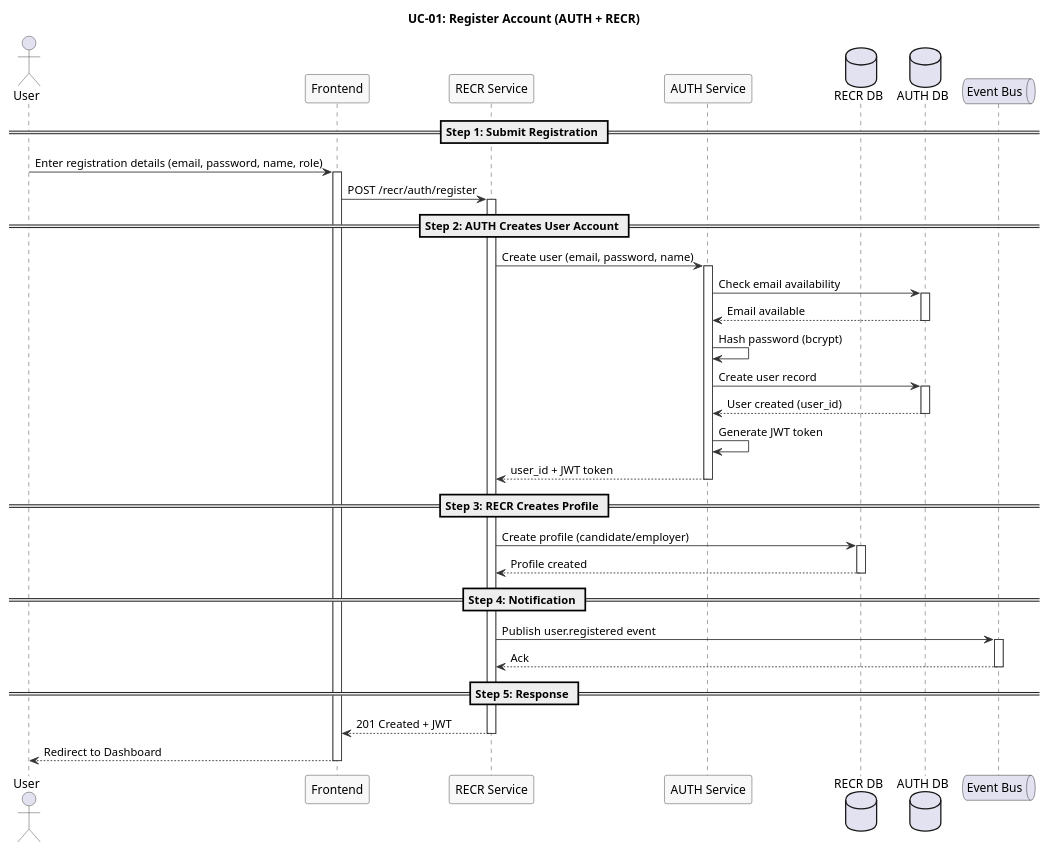
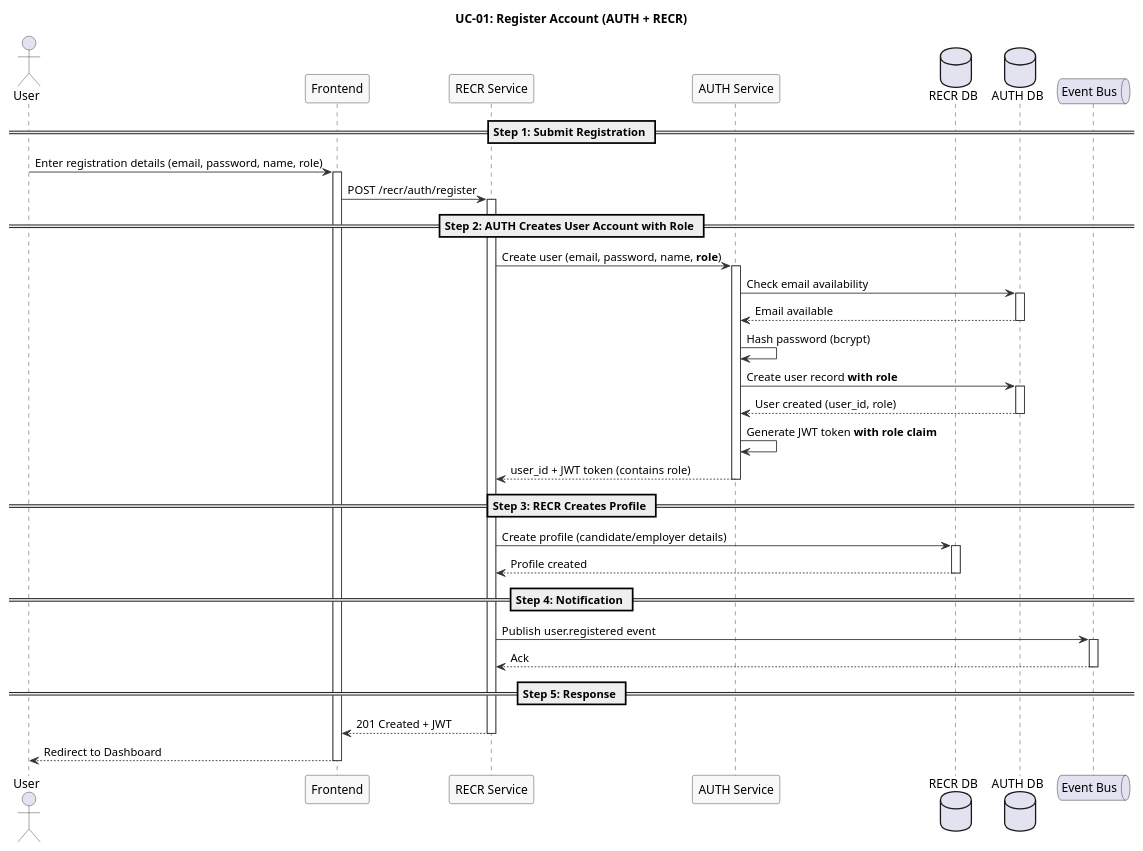
Before and after one commit to namnh240795/document: the diagram in modules/recr/diagrams/sequence/uc01-register-sequence.puml, drawn with PlantUML. The commit also changed 6 other files, not shown here.

First line of the commit message:
Move role to AUTH module, update UC-01 and UC-02

```diff
--- a/modules/recr/diagrams/sequence/uc01-register-sequence.puml
+++ b/modules/recr/diagrams/sequence/uc01-register-sequence.puml
@@ -1,75 +1,75 @@
 @startuml
 ' UC-01: Register Account - Sequence Diagram
-' AUTH handles: user creation, password hashing, JWT
-' RECR handles: role selection, profile creation
+' AUTH handles: user creation, password hashing, role storage, JWT
+' RECR handles: profile creation (candidate/employer details)
 skinparam sequence {
   ArrowColor #333333
   ActorBorderColor #333333
   LifeLineBorderColor #333333
   ParticipantBackgroundColor #F8F8F8
   ParticipantBorderColor #333333
 }
 
 title UC-01: Register Account (AUTH + RECR)
 
 actor "User" as User
 participant "Frontend" as FE
 participant "RECR Service" as RECR
 participant "AUTH Service" as AUTH
 database "RECR DB" as RDB
 database "AUTH DB" as ADB
 queue "Event Bus" as MQ
 
 == Step 1: Submit Registration ==
 
 User -> FE : Enter registration details (email, password, name, role)
 activate FE
 
 FE -> RECR : POST /recr/auth/register
 activate RECR
 
-== Step 2: AUTH Creates User Account ==
+== Step 2: AUTH Creates User Account with Role ==
 
-RECR -> AUTH : Create user (email, password, name)
+RECR -> AUTH : Create user (email, password, name, <b>role</b>)
 activate AUTH
 
 AUTH -> ADB : Check email availability
 activate ADB
 ADB --> AUTH : Email available
 deactivate ADB
 
 AUTH -> AUTH : Hash password (bcrypt)
 
-AUTH -> ADB : Create user record
+AUTH -> ADB : Create user record <b>with role</b>
 activate ADB
-ADB --> AUTH : User created (user_id)
+ADB --> AUTH : User created (user_id, role)
 deactivate ADB
 
-AUTH -> AUTH : Generate JWT token
+AUTH -> AUTH : Generate JWT token <b>with role claim</b>
 
-AUTH --> RECR : user_id + JWT token
+AUTH --> RECR : user_id + JWT token (contains role)
 deactivate AUTH
 
 == Step 3: RECR Creates Profile ==
 
-RECR -> RDB : Create profile (candidate/employer)
+RECR -> RDB : Create profile (candidate/employer details)
 activate RDB
 RDB --> RECR : Profile created
 deactivate RDB
 
 == Step 4: Notification ==
 
 RECR -> MQ : Publish user.registered event
 activate MQ
 MQ --> RECR : Ack
 deactivate MQ
 
 == Step 5: Response ==
 
 RECR --> FE : 201 Created + JWT
 deactivate RECR
 
 FE --> User : Redirect to Dashboard
 deactivate FE
 
 @enduml
```
